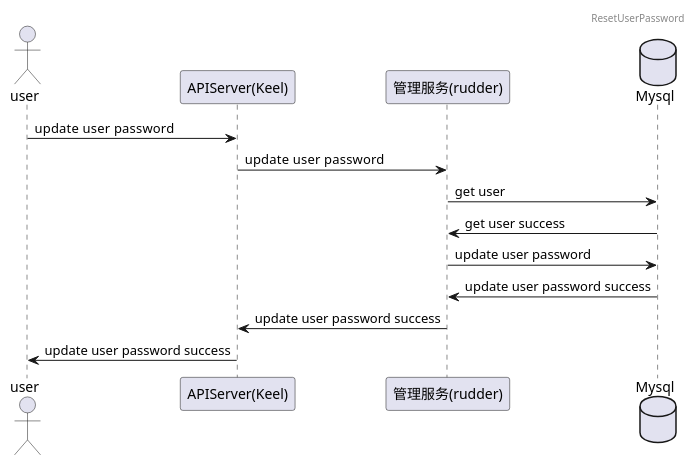
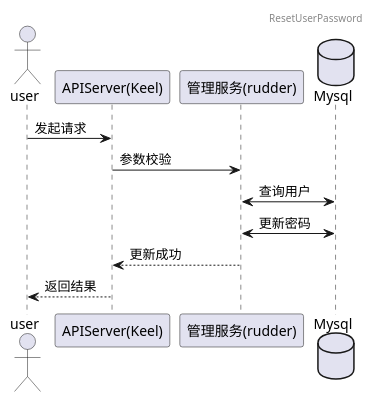
One commit to tkeel-io/docs changed the eighth of 10 diagrams in docs/api/appendix/plantuml/user-manager-tenant.md. Above: the diagram before and after it, drawn with PlantUML. The commit also changed other lines of this file and 2 other files, not shown here.

````diff
--- a/docs/api/appendix/plantuml/user-manager-tenant.md
+++ b/docs/api/appendix/plantuml/user-manager-tenant.md
@@ -133,17 +134,16 @@
 ```plantuml
-
+@startuml
 header ResetUserPassword
-
 actor user
 participant "APIServer(Keel)"  as keel
 participant "管理服务(rudder)" as TenantService
 database Mysql
-user->keel: update  user password
-keel->TenantService: update  user password
-TenantService->Mysql: get user
-Mysql->TenantService: get user success
-TenantService->Mysql: update user password
-Mysql->TenantService: update user password success
-TenantService->keel:update user password success
-keel->user:update user password success
+user->keel: 发起请求
+keel->TenantService: 参数校验
+TenantService<->Mysql: 查询用户
+TenantService<->Mysql: 更新密码
+TenantService-->keel:更新成功
+keel-->user:返回结果
+@enduml
+
 ```
````
